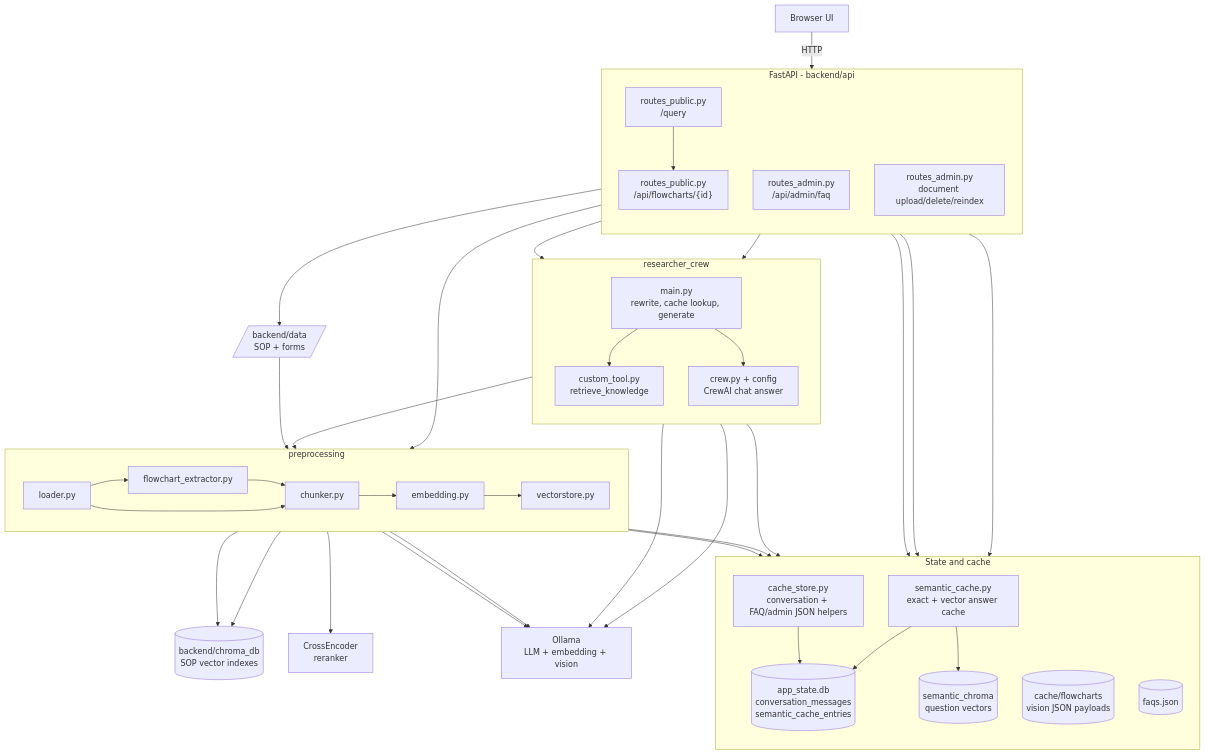
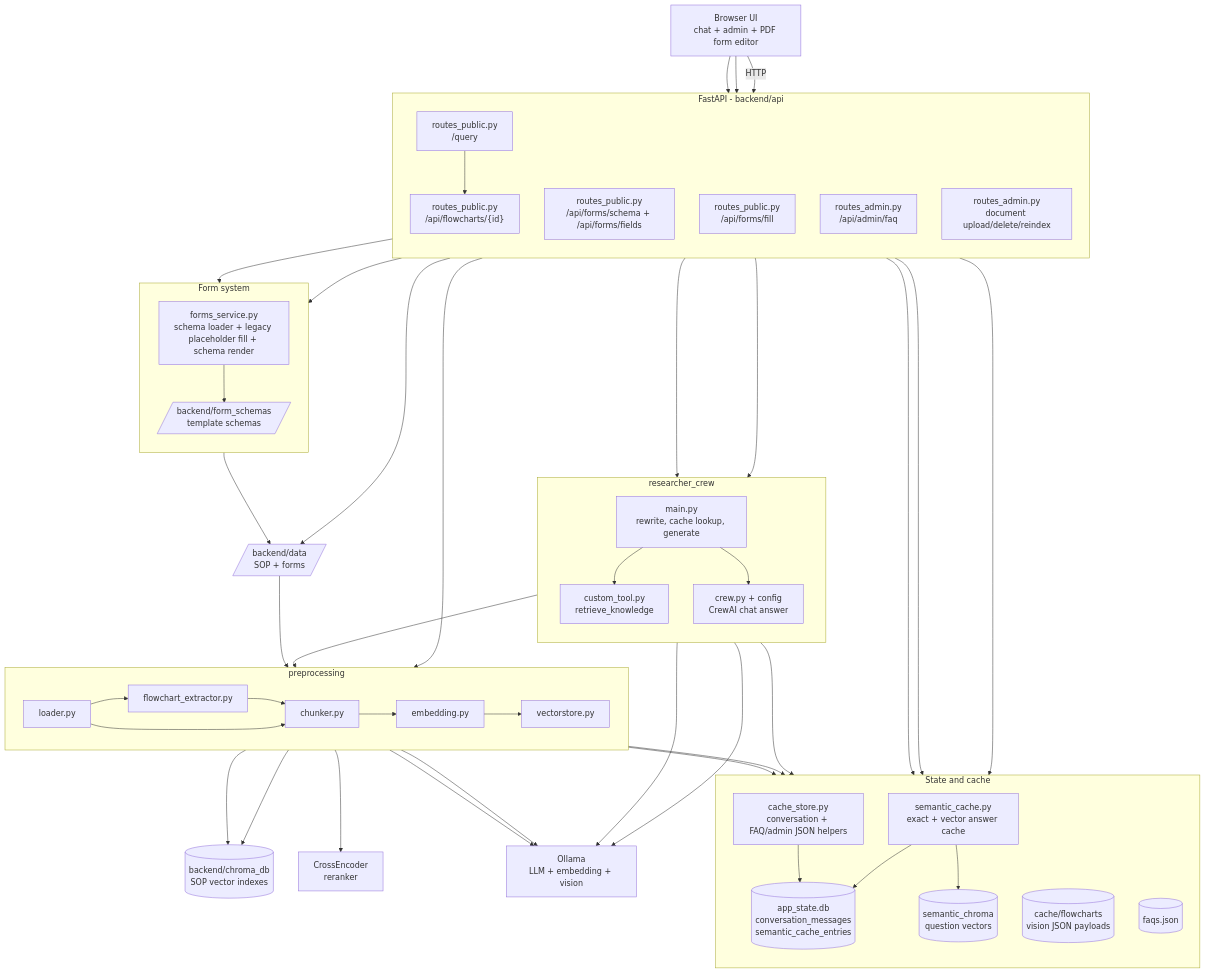
The diagram in Capstone/docs/TOPOLOGY.md (Akram17t/Internship), drawn with Mermaid before and after one commit. The commit also changed other lines of this file and 7 other files, not shown here.

Commit message:
feat: delete flowchart.json if no longer needed

````diff
--- a/Capstone/docs/TOPOLOGY.md
+++ b/Capstone/docs/TOPOLOGY.md
@@ -6,6 +6,6 @@
 ```mermaid
 flowchart TB
-    Browser["Browser UI"]
+    Browser["Browser UI<br/>chat + admin + PDF form editor"]
     Ollama["Ollama<br/>LLM + embedding + vision"]
     Reranker["CrossEncoder<br/>reranker"]
 
@@ -13,6 +13,8 @@
         direction TB
         Chat["routes_public.py<br/>/query"]
         FlowchartAPI["routes_public.py<br/>/api/flowcharts/{id}"]
+        FormSchemaAPI["routes_public.py<br/>/api/forms/schema + /api/forms/fields"]
+        FormFillAPI["routes_public.py<br/>/api/forms/fill"]
         Faq["routes_admin.py<br/>/api/admin/faq"]
         DocMgmt["routes_admin.py<br/>document upload/delete/reindex"]
     end
@@ -25,6 +27,12 @@
         SemanticChroma[("semantic_chroma<br/>question vectors")]
         FlowchartCache[("cache/flowcharts<br/>vision JSON payloads")]
         Faqs[("faqs.json")]
+    end
+
+    subgraph FormSystem["Form system"]
+        direction TB
+        FormSvc["forms_service.py<br/>schema loader + legacy placeholder fill + schema render"]
+        FormSchemas[/"backend/form_schemas<br/>template schemas"/]
     end
 
     subgraph Crew["researcher_crew"]
@@ -49,7 +57,13 @@
     CacheStore --> CacheDB
     Chat --> Main
     Chat --> FlowchartAPI
+    Browser --> FormSchemaAPI
+    Browser --> FormFillAPI
     FlowchartAPI --> FlowchartCache
+    FormSchemaAPI --> FormSvc
+    FormFillAPI --> FormSvc
+    FormSvc --> FormSchemas
+    FormSvc --> Data
 
     Main --> SemanticCache
     SemanticCache --> CacheDB
````
